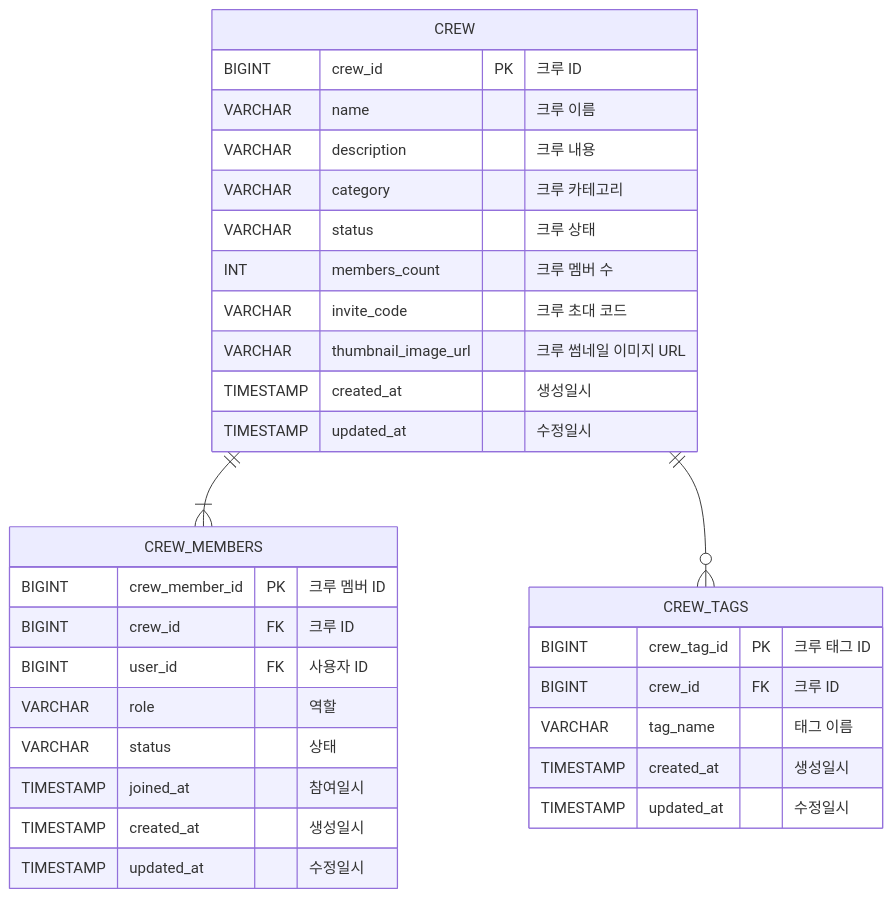
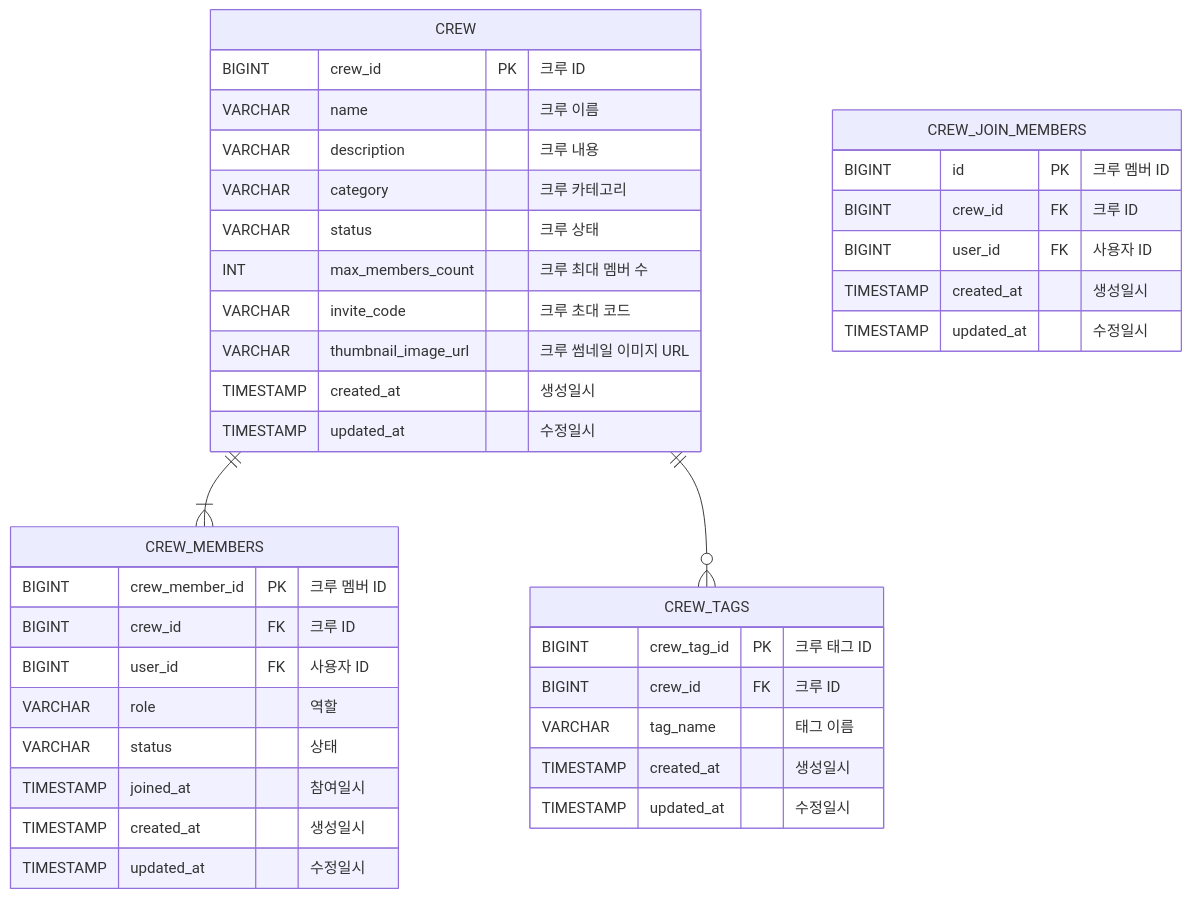
The diagram in docs/crew.md (groom-link/groom-server), drawn with Mermaid before and after one commit.

Commit message:
docs(crew) : 크루 멤버 수 접두사 "최대" 추가

````diff
--- a/docs/crew.md
+++ b/docs/crew.md
@@ -5,37 +5,45 @@
 ```mermaid
 erDiagram
     CREW ||--|{ CREW_MEMBERS: ""
     CREW ||--o{ CREW_TAGS: ""
     
     CREW {
         BIGINT crew_id PK "크루 ID"
         VARCHAR name "크루 이름"
         VARCHAR description "크루 내용"
         VARCHAR category "크루 카테고리"
         VARCHAR status "크루 상태"
-        INT members_count "크루 멤버 수"
+        INT max_members_count "크루 최대 멤버 수"
         VARCHAR invite_code "크루 초대 코드"
         VARCHAR thumbnail_image_url "크루 썸네일 이미지 URL"
         TIMESTAMP created_at "생성일시"
         TIMESTAMP updated_at "수정일시"
     }
     
     CREW_TAGS {
         BIGINT crew_tag_id PK "크루 태그 ID"
         BIGINT crew_id FK "크루 ID"
         VARCHAR tag_name "태그 이름"
         TIMESTAMP created_at "생성일시"
         TIMESTAMP updated_at "수정일시"
     }
     
     CREW_MEMBERS {
         BIGINT crew_member_id PK "크루 멤버 ID"
         BIGINT crew_id FK "크루 ID"
         BIGINT user_id FK "사용자 ID"
         VARCHAR role "역할"
         VARCHAR status "상태"
         TIMESTAMP joined_at "참여일시"
         TIMESTAMP created_at "생성일시"
         TIMESTAMP updated_at "수정일시"
     }
+
+    CREW_JOIN_MEMBERS {
+        BIGINT id PK "크루 멤버 ID"
+        BIGINT crew_id FK "크루 ID"
+        BIGINT user_id FK "사용자 ID"
+        TIMESTAMP created_at "생성일시"
+        TIMESTAMP updated_at "수정일시"
+    }
 ```
````
